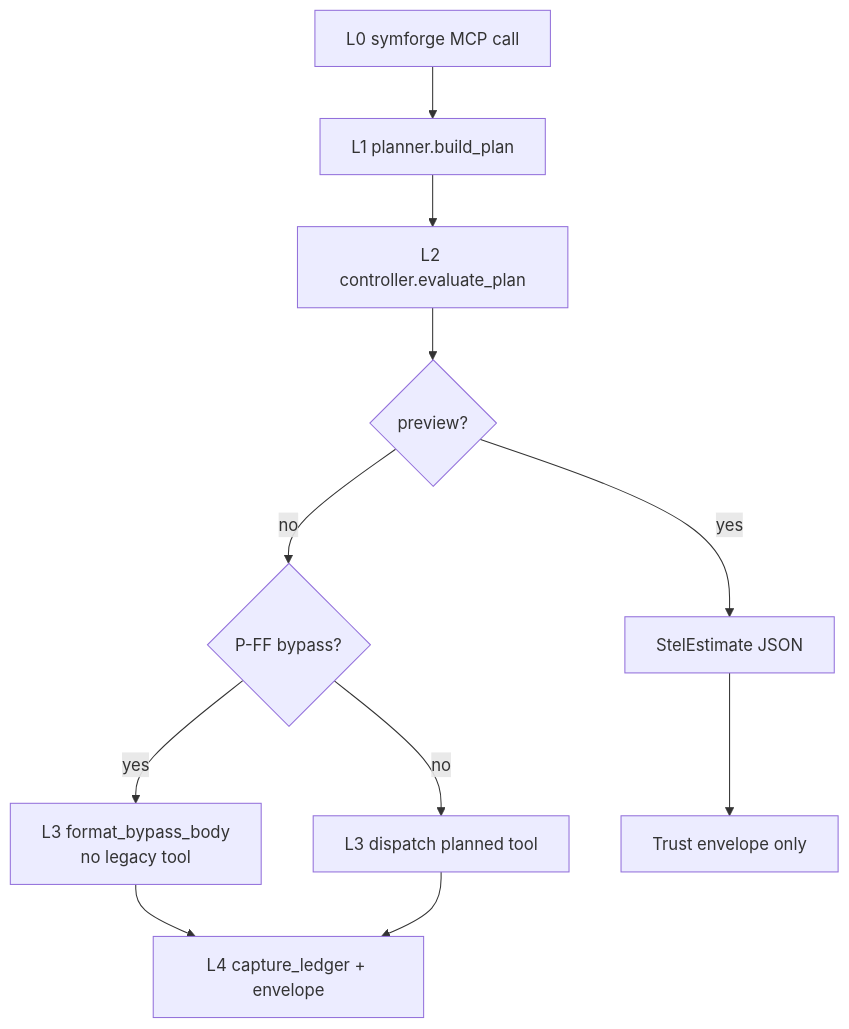
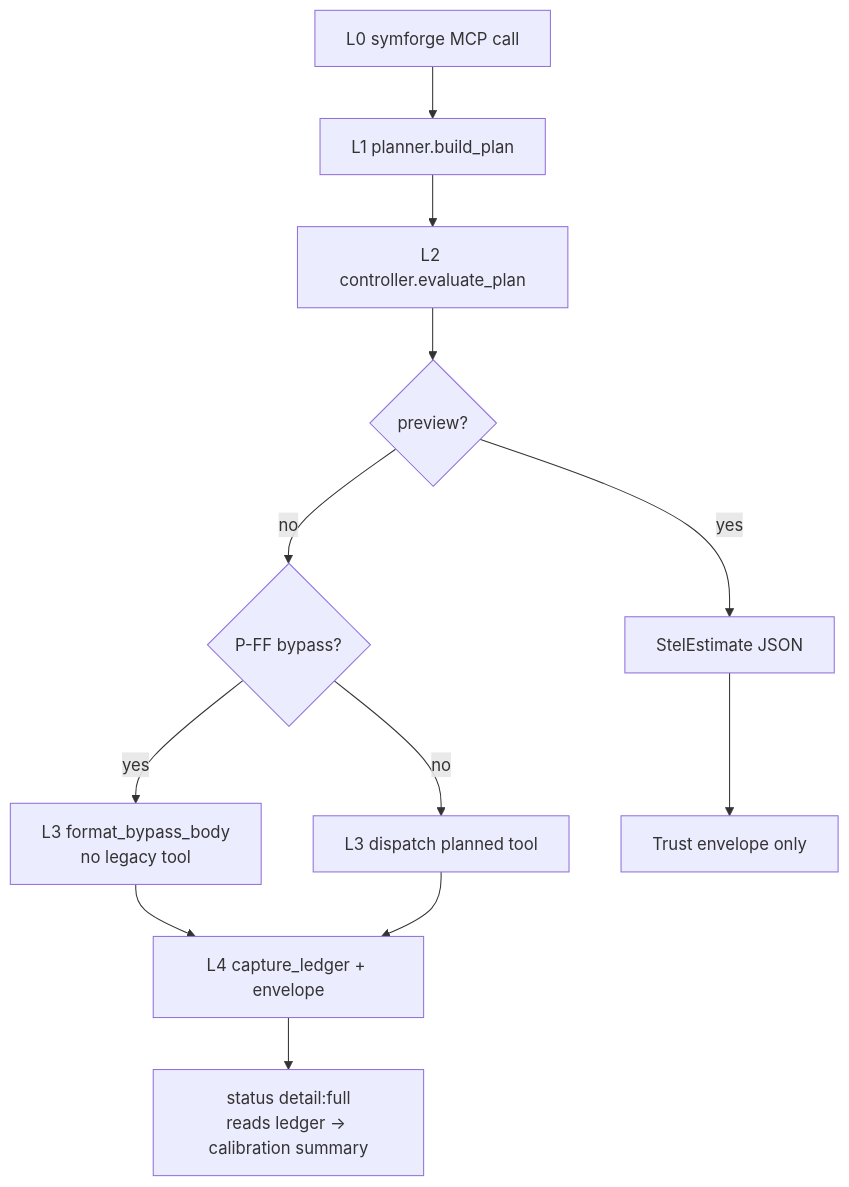
The diagram in docs/phase1-stel-checkpoint.md (special-place-ai-heaven/symforge), drawn with Mermaid before and after one commit. The commit also changed other lines of this file, not shown here.

Commit message:
Update Phase 1 STEL checkpoint for observational calibration

````diff
--- a/docs/phase1-stel-checkpoint.md
+++ b/docs/phase1-stel-checkpoint.md
@@ -87,13 +106,14 @@
 ```mermaid
 flowchart TD
   L0["L0 symforge MCP call"] --> L1["L1 planner.build_plan"]
   L1 --> L2["L2 controller.evaluate_plan"]
   L2 --> P{preview?}
   P -->|yes| EST["StelEstimate JSON"]
   P -->|no| B{P-FF bypass?}
   B -->|yes| BYP["L3 format_bypass_body\nno legacy tool"]
   B -->|no| SER["L3 dispatch planned tool"]
   BYP --> L4["L4 capture_ledger + envelope"]
   SER --> L4
   EST --> ENV["Trust envelope only"]
+  L4 --> CAL["status detail:full\nreads ledger → calibration summary"]
 ```
````
